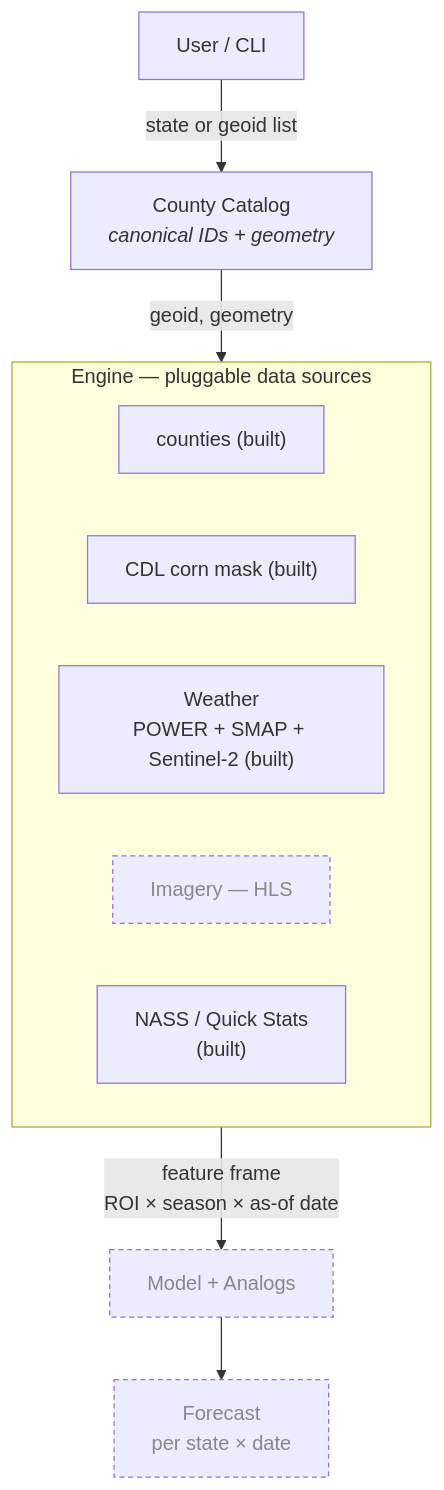
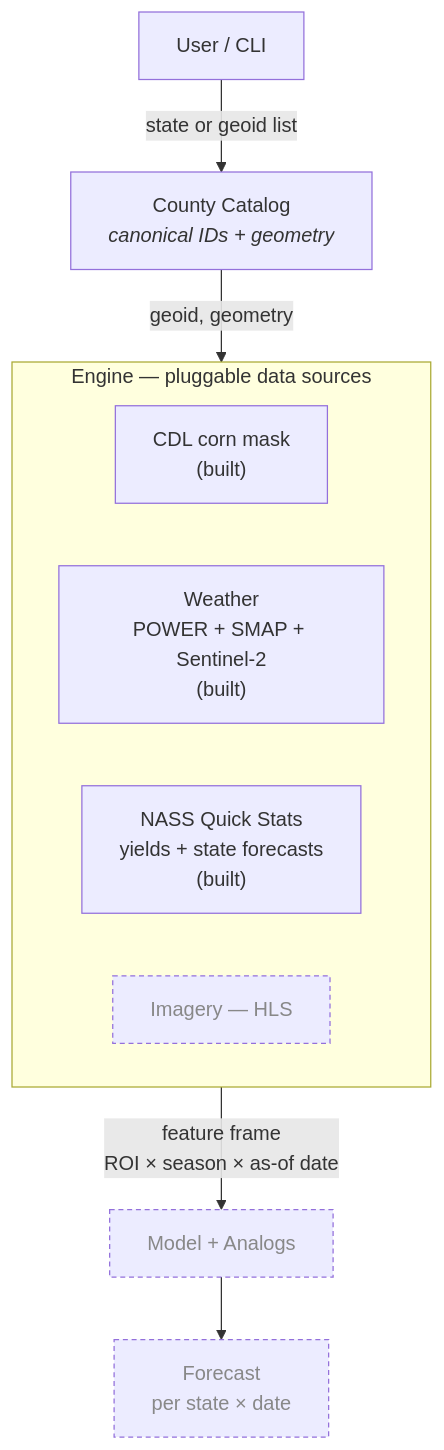
Before and after one commit to JakeAum/hack26: the first of 5 diagrams in software/SPEC.md, drawn with Mermaid. The commit also changed other lines of this file, not shown here.

````diff
--- a/software/SPEC.md
+++ b/software/SPEC.md
@@ -13,19 +46,18 @@
 ```mermaid
 flowchart TD
     User["User / CLI"] -->|state or geoid list| Catalog["County Catalog<br/><i>canonical IDs + geometry</i>"]
     Catalog -->|geoid, geometry| Engine
 
     subgraph Engine["Engine — pluggable data sources"]
         direction LR
-        Counties["counties (built)"]
-        CDL["CDL corn mask (built)"]
-        WX["Weather<br/>POWER + SMAP + Sentinel-2 (built)"]
+        CDL["CDL corn mask<br/>(built)"]
+        WX["Weather<br/>POWER + SMAP + Sentinel-2<br/>(built)"]
+        NASS["NASS Quick Stats<br/>yields + state forecasts<br/>(built)"]
         HLS["Imagery — HLS"]:::planned
-        NASS["NASS / Quick Stats<br/>(built)"]
     end
 
     Engine -->|feature frame<br/>ROI × season × as-of date| Model["Model + Analogs"]:::planned
     Model --> Forecast["Forecast<br/>per state × date"]:::planned
 
     classDef planned stroke-dasharray: 4 3, color:#888;
 ```
````
